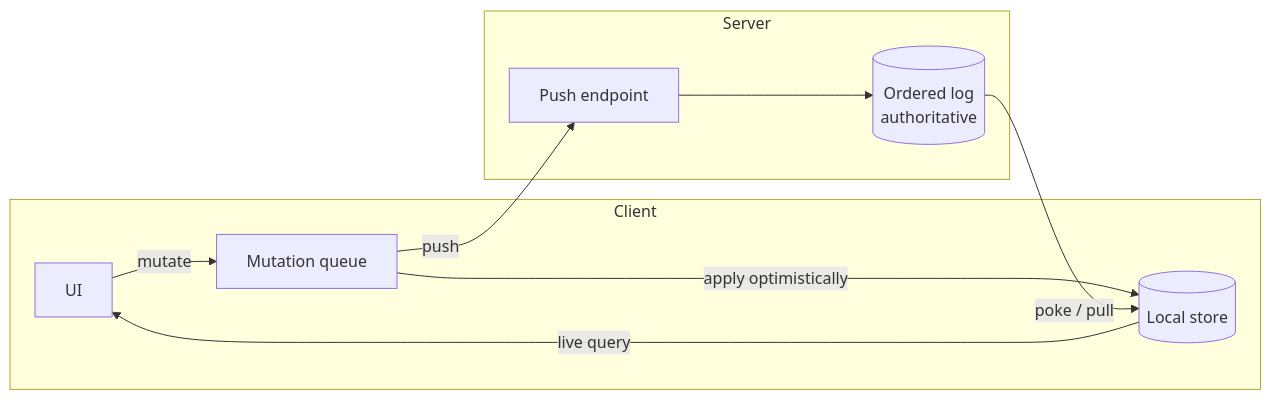
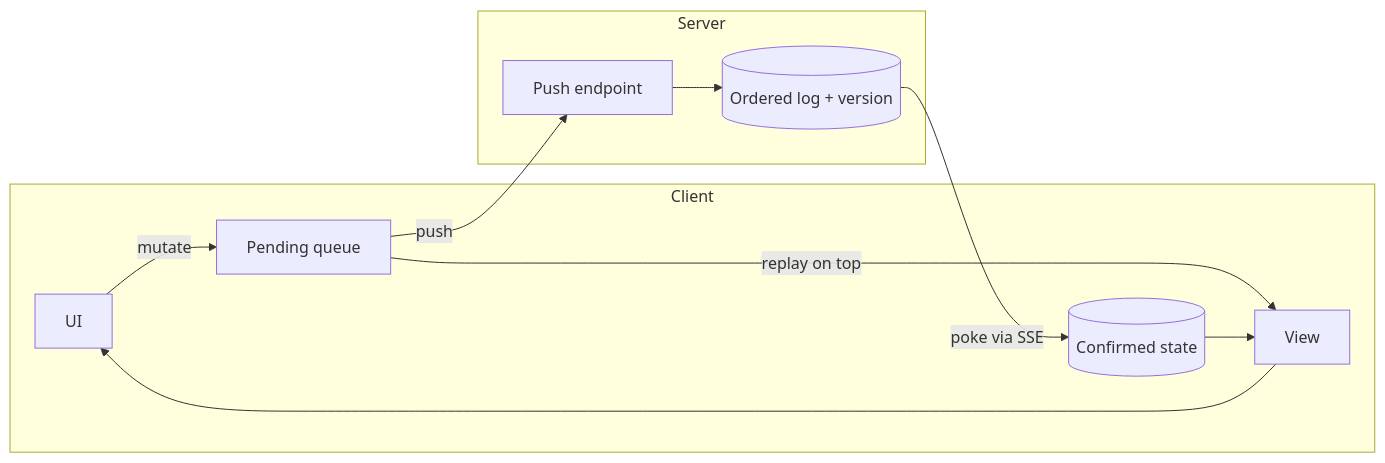
The fifth of 5 diagrams in slides/slides.md (coryhouse/instant-ui), drawn with Mermaid before and after one commit. The commit also changed other lines of this file and 3 other files, not shown here.

````diff
--- a/slides/slides.md
+++ b/slides/slides.md
@@ -948,13 +766,14 @@
 ```mermaid {scale: 0.75}
 flowchart LR
   subgraph Client
-    UI[UI] -->|mutate| Q[Mutation queue]
-    Q -->|apply optimistically| L[(Local store)]
-    L -->|live query| UI
+    UI[UI] -->|mutate| Q[Pending queue]
+    Q -->|replay on top| V[View]
+    C[(Confirmed state)] --> V
+    V --> UI
   end
   subgraph Server
-    P[Push endpoint] --> LOG[(Ordered log<br/>authoritative)]
+    P[Push endpoint] --> LOG[(Ordered log + version)]
   end
   Q -->|push| P
-  LOG -->|poke / pull| L
+  LOG -->|poke via SSE| C
 ```
````
